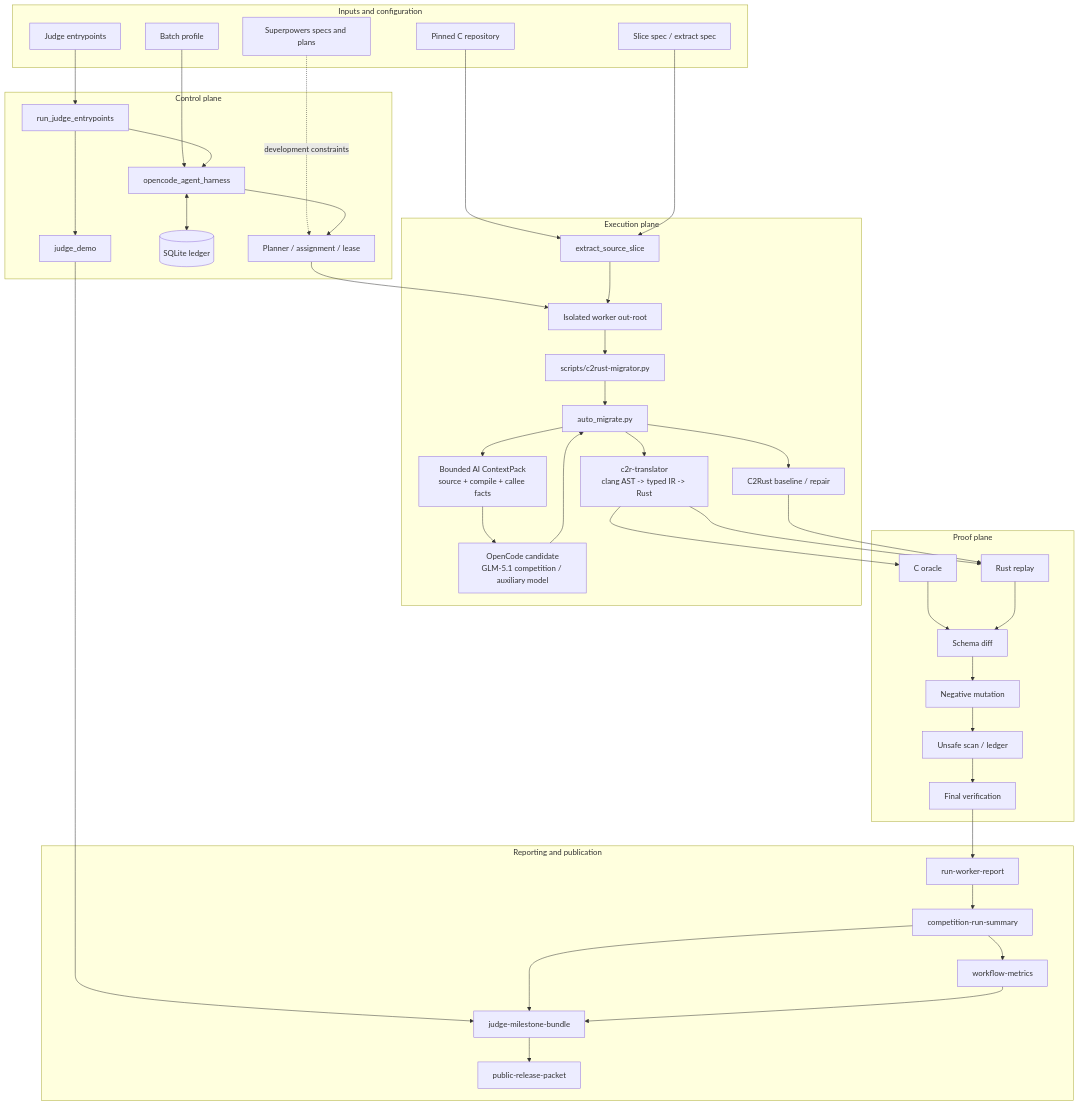
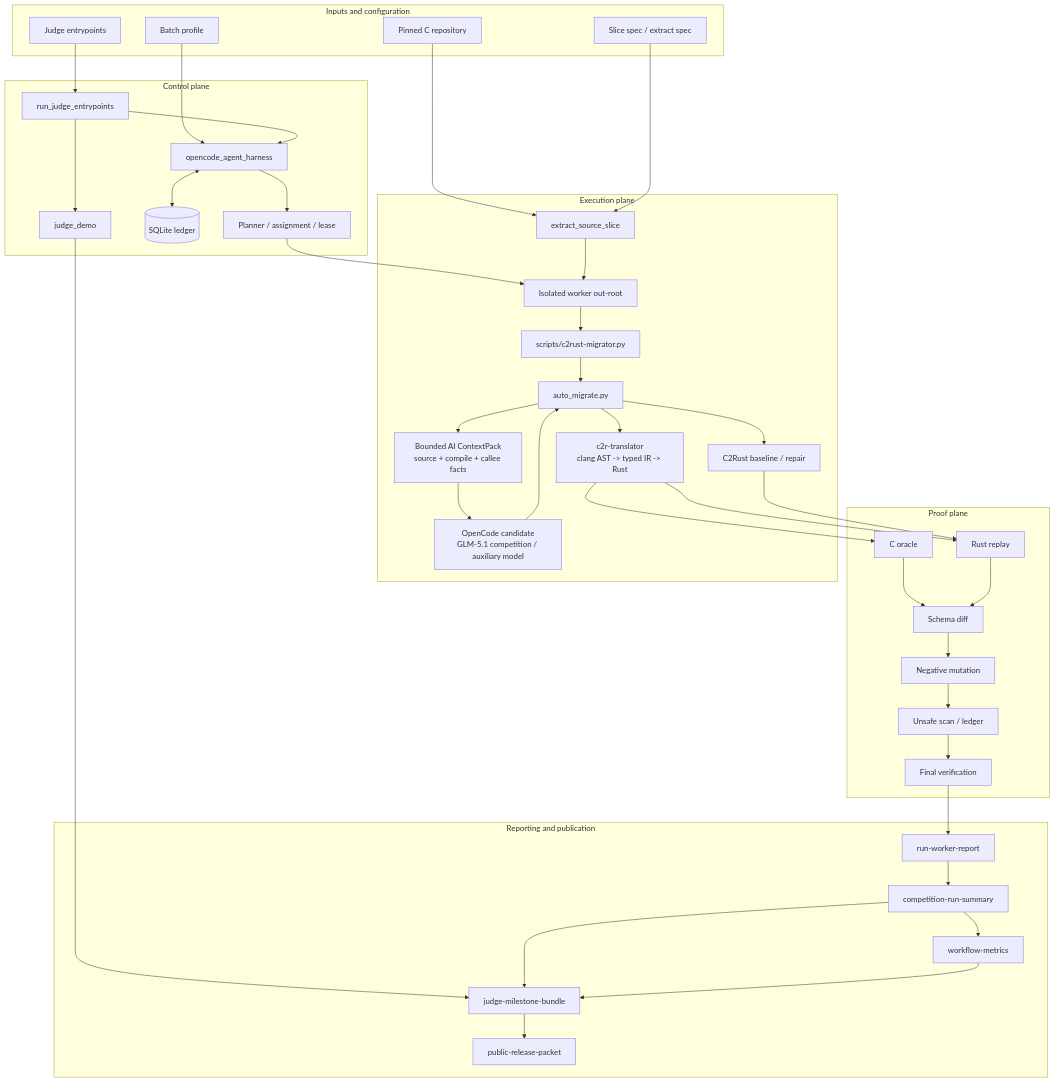
Before and after one commit to guoqihan342-svg/c-to-rust: the third of 5 diagrams in README.en.md, drawn with Mermaid. The commit also changed other lines of this file and 66 other files, not shown here.

````diff
--- a/README.en.md
+++ b/README.en.md
@@ -222,80 +222,78 @@
 ```mermaid
 flowchart TB
     subgraph Inputs["Inputs and configuration"]
         SRC["Pinned C repository"]
         SPEC["Slice spec / extract spec"]
         PROFILE["Batch profile"]
         JCFG["Judge entrypoints"]
-        SP["Superpowers specs and plans"]
     end
 
     subgraph Control["Control plane"]
         JUDGE["run_judge_entrypoints"]
         DEMO["judge_demo"]
         HARNESS["opencode_agent_harness"]
         LEDGER[("SQLite ledger")]
         PLAN["Planner / assignment / lease"]
     end
 
     subgraph Execution["Execution plane"]
         EXTRACT["extract_source_slice"]
         WORKER["Isolated worker out-root"]
         MIGRATOR["scripts/c2rust-migrator.py"]
         AUTO["auto_migrate.py"]
         CONTEXT["Bounded AI ContextPack\nsource + compile + callee facts"]
         TRANSLATOR["c2r-translator\nclang AST -> typed IR -> Rust"]
         C2RUST["C2Rust baseline / repair"]
         OPENCODE["OpenCode candidate\nGLM-5.1 competition / auxiliary model"]
     end
 
     subgraph Proof["Proof plane"]
         ORACLE["C oracle"]
         REPLAY["Rust replay"]
         DIFF["Schema diff"]
         NEG["Negative mutation"]
         UNSAFE["Unsafe scan / ledger"]
         VERIFY["Final verification"]
     end
 
     subgraph Reports["Reporting and publication"]
         WREPORT["run-worker-report"]
         SUMMARY["competition-run-summary"]
         METRICS["workflow-metrics"]
         BUNDLE["judge-milestone-bundle"]
         PACKET["public-release-packet"]
     end
 
-    SP -. "development constraints" .-> PLAN
     SRC --> EXTRACT
     SPEC --> EXTRACT
     PROFILE --> HARNESS
     JCFG --> JUDGE
     JUDGE --> DEMO
     JUDGE --> HARNESS
     HARNESS <--> LEDGER
     HARNESS --> PLAN
     PLAN --> WORKER
     EXTRACT --> WORKER
     WORKER --> MIGRATOR
     MIGRATOR --> AUTO
     AUTO --> TRANSLATOR
     AUTO --> C2RUST
     AUTO --> CONTEXT
     CONTEXT --> OPENCODE
     OPENCODE --> AUTO
     TRANSLATOR --> ORACLE
     TRANSLATOR --> REPLAY
     C2RUST --> REPLAY
     ORACLE --> DIFF
     REPLAY --> DIFF
     DIFF --> NEG
     NEG --> UNSAFE
     UNSAFE --> VERIFY
     VERIFY --> WREPORT
     WREPORT --> SUMMARY
     SUMMARY --> METRICS
     DEMO --> BUNDLE
     SUMMARY --> BUNDLE
     METRICS --> BUNDLE
     BUNDLE --> PACKET
 ```
````
